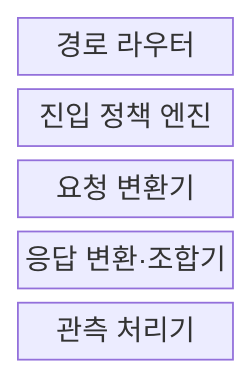
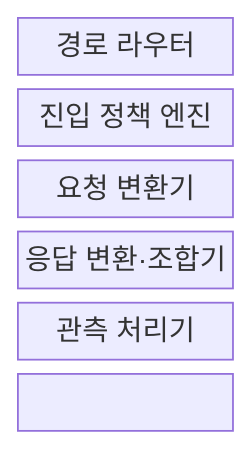
One commit to agnusdei1207/knowledge-base changed the first of 2 diagrams in src/content/docs/notes/03-software/040_api_gateway.md. Above: the diagram before and after it, drawn with Mermaid. The commit also changed other lines of this file and 238 other files, not shown here.

````diff
--- a/src/content/docs/notes/03-software/040_api_gateway.md
+++ b/src/content/docs/notes/03-software/040_api_gateway.md
@@ -67,9 +67,11 @@
 ```mermaid
-block
+block-beta
   columns 1
   R["경로 라우터"]
   P["진입 정책 엔진"]
   T["요청 변환기"]
   A["응답 변환·조합기"]
   O["관측 처리기"]
+  R --- P --- T
+  T --- A --- O
 ```
````
